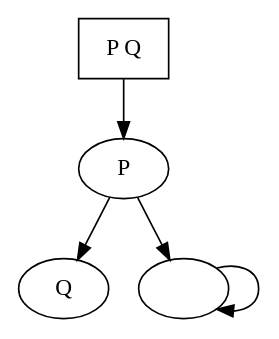
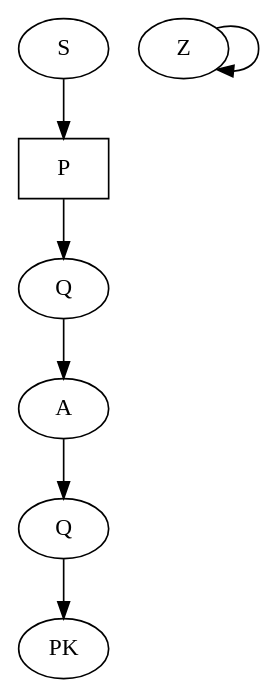
The diagram in example.dot (f-musa/ctl-model-checker), drawn with Graphviz before and after one commit. The commit also changed 6 other files, not shown here.

```diff
--- a/example.dot
+++ b/example.dot
@@ -1,15 +1,20 @@
 digraph mon_systeme {
     /* Liste des n÷uds avec leurs labels séparés par des espaces */
-    q1 [ label =" P Q "];
-    q2 [ label =" P "];
+    q1 [ label =" P "];
+    q2 [ label =" S "];
     q3 [ label =" Q "];
-    q4 [ label =""];
+    q4 [ label =" A "];
+    q5 [ label =" Q "];
+    q6 [ label =" Z "];
+    q7 [ label ="PK"];
 
     /* Un seul n÷ud initial */
     q1 [ shape = box ];
 
     /* Transitions */
-    q1 -> q2 -> q3 ;
-    q2 -> q4 ;
-    q4 -> q4 ;
+    q2 -> q1 -> q3 ;
+    q3 -> q4 ;
+    q4 -> q5 ;
+    q5 -> q7 ;
+    q6 -> q6 ;
  }
```
